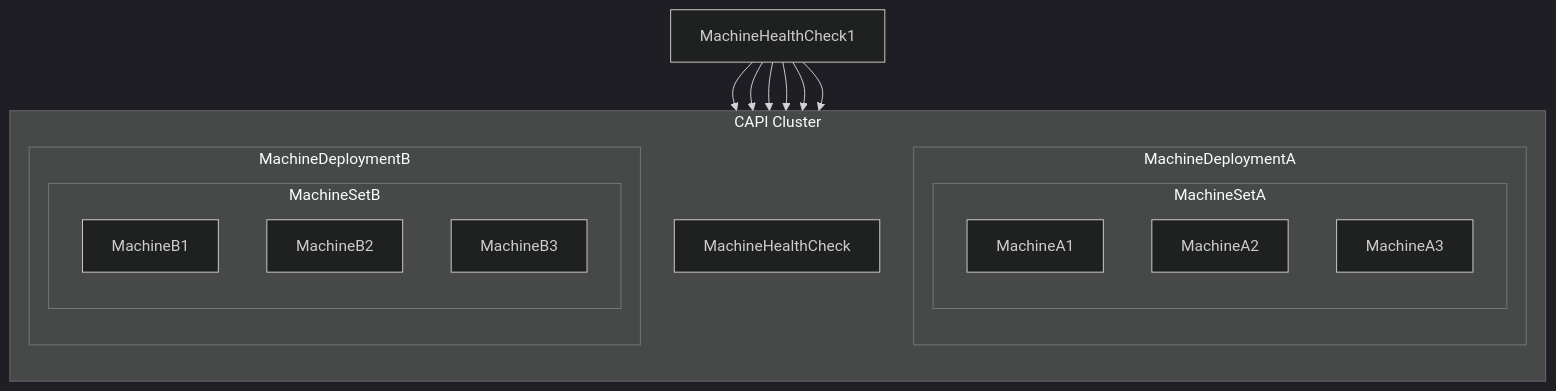
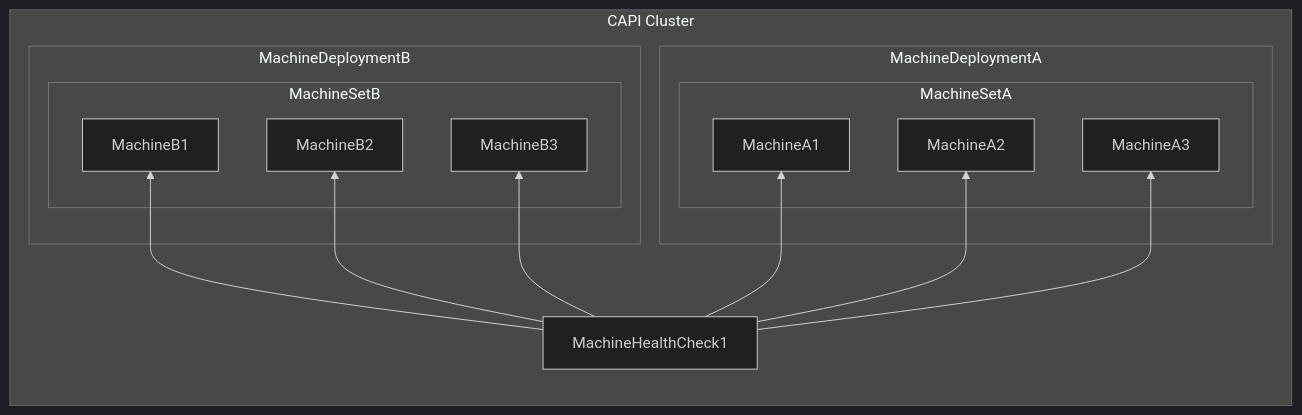
The first of 2 diagrams in docs/provisioning/00_capi.md (aiyengar2/k8s-docs), drawn with Mermaid (dark theme) before and after one commit.

````diff
--- a/docs/provisioning/00_capi.md
+++ b/docs/provisioning/00_capi.md
@@ -16,28 +16,28 @@
 ```mermaid
 graph TD
     subgraph CAPI Cluster
     direction BT
     subgraph MachineDeploymentA
     subgraph MachineSetA
     MachineA1
     MachineA2
     MachineA3
     end
     end
     subgraph MachineDeploymentB
     subgraph MachineSetB
     MachineB1
     MachineB2
     MachineB3
     end
     end
-    MachineHealthCheck
+    MachineHealthCheck1
     end
 
     MachineHealthCheck1-->MachineA1
     MachineHealthCheck1-->MachineA2
     MachineHealthCheck1-->MachineA3
     MachineHealthCheck1-->MachineB1
     MachineHealthCheck1-->MachineB2
     MachineHealthCheck1-->MachineB3
 ```
````
